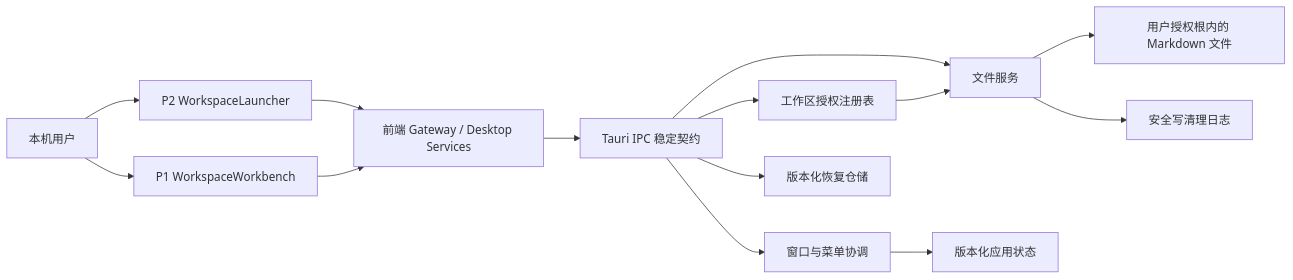
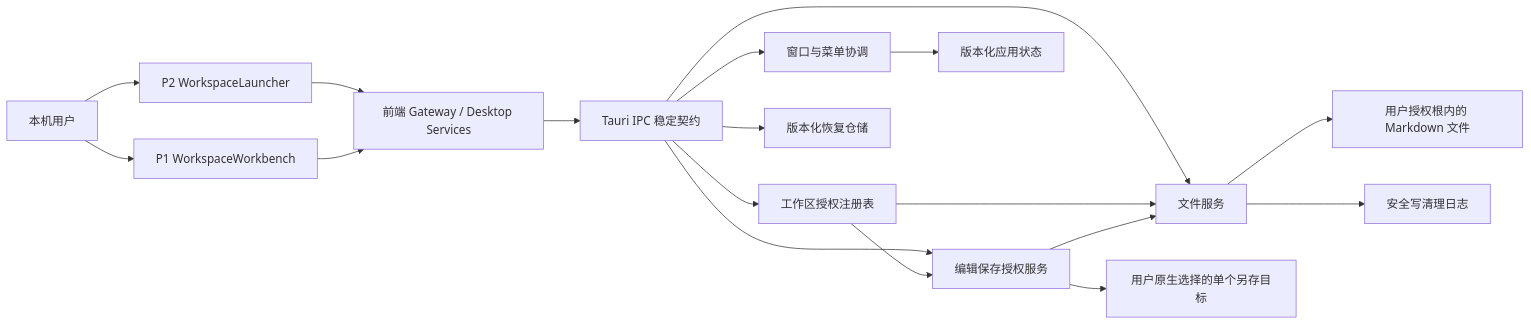
One commit to fulin-peng-ydxs/ai-markdown changed the diagram in agent-works/markdown-editor-desktop/architecture/desktop-foundation.md. Above: the diagram before and after it, drawn with Mermaid. The commit also changed other lines of this file and 15 other files, not shown here.

````diff
--- a/agent-works/markdown-editor-desktop/architecture/desktop-foundation.md
+++ b/agent-works/markdown-editor-desktop/architecture/desktop-foundation.md
@@ -11,16 +11,20 @@
 ```mermaid
 flowchart LR
     U["本机用户"] --> P2["P2 WorkspaceLauncher"]
     U --> P1["P1 WorkspaceWorkbench"]
     P2 --> G["前端 Gateway / Desktop Services"]
     P1 --> G
     G --> IPC["Tauri IPC 稳定契约"]
     IPC --> W["窗口与菜单协调"]
     IPC --> A["工作区授权注册表"]
     IPC --> F["文件服务"]
+    IPC --> E["编辑保存授权服务"]
     W --> S["版本化应用状态"]
     IPC --> R["版本化恢复仓储"]
     A --> F
+    A --> E
+    E --> F
     F --> M["用户授权根内的 Markdown 文件"]
+    E --> C["用户原生选择的单个另存目标"]
     F --> J["安全写清理日志"]
 ```
````
